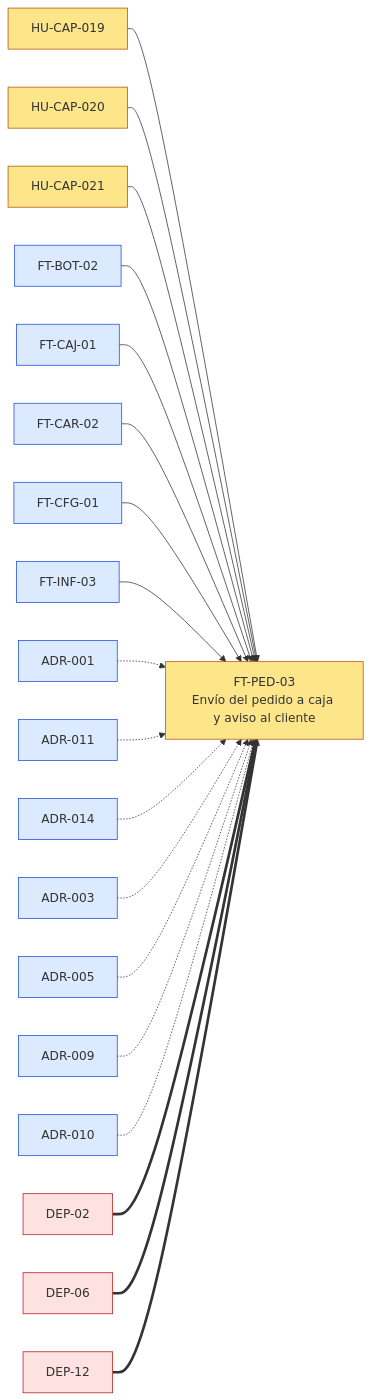
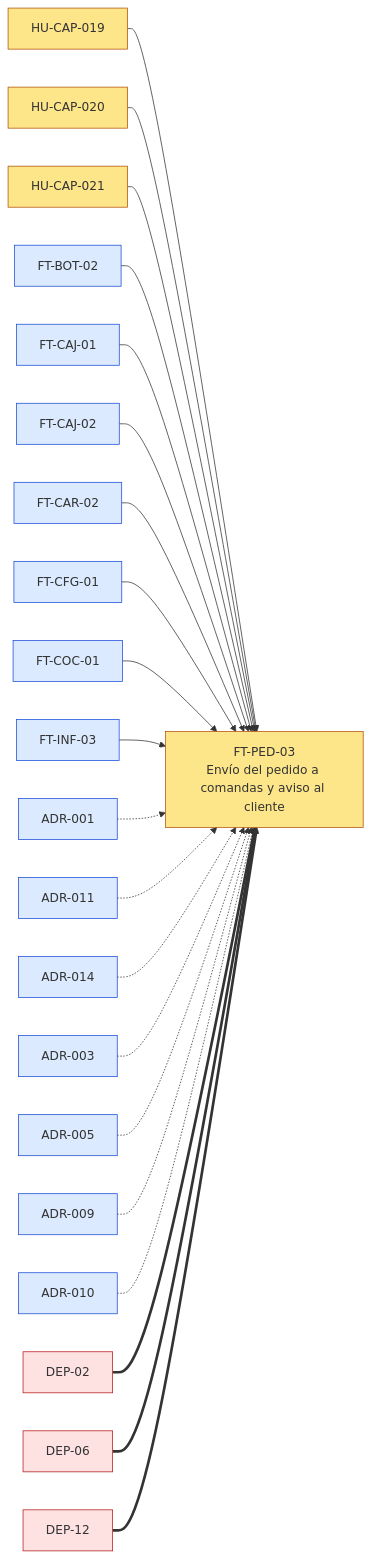
Before and after one commit to JoseEM26/caprichos: the first of 5 diagrams in docs/dor/DOR-FT-PED-03-envio-del-pedido-a-caja-y-aviso-al-cliente.md, drawn with Mermaid. The commit also changed other lines of this file and 208 other files, not shown here.

````diff
--- a/docs/dor/DOR-FT-PED-03-envio-del-pedido-a-caja-y-aviso-al-cliente.md
+++ b/docs/dor/DOR-FT-PED-03-envio-del-pedido-a-caja-y-aviso-al-cliente.md
@@ -51,25 +51,27 @@
 ```mermaid
 flowchart LR
   classDef evaluado fill:#fde68a,stroke:#b45309
   classDef interna fill:#dbeafe,stroke:#1d4ed8
   classDef externa fill:#fee2e2,stroke:#b91c1c
-  FT_PED_03["FT-PED-03<br>Envío del pedido a caja y aviso al cliente"]:::evaluado
+  FT_PED_03["FT-PED-03<br>Envío del pedido a comandas y aviso al cliente"]:::evaluado
   HU_CAP_019["HU-CAP-019"]:::evaluado --> FT_PED_03
   HU_CAP_020["HU-CAP-020"]:::evaluado --> FT_PED_03
   HU_CAP_021["HU-CAP-021"]:::evaluado --> FT_PED_03
   FT_BOT_02["FT-BOT-02"]:::interna --> FT_PED_03
   FT_CAJ_01["FT-CAJ-01"]:::interna --> FT_PED_03
+  FT_CAJ_02["FT-CAJ-02"]:::interna --> FT_PED_03
   FT_CAR_02["FT-CAR-02"]:::interna --> FT_PED_03
   FT_CFG_01["FT-CFG-01"]:::interna --> FT_PED_03
+  FT_COC_01["FT-COC-01"]:::interna --> FT_PED_03
   FT_INF_03["FT-INF-03"]:::interna --> FT_PED_03
   ADR_001["ADR-001"]:::interna -.-> FT_PED_03
   ADR_011["ADR-011"]:::interna -.-> FT_PED_03
   ADR_014["ADR-014"]:::interna -.-> FT_PED_03
   ADR_003["ADR-003"]:::interna -.-> FT_PED_03
   ADR_005["ADR-005"]:::interna -.-> FT_PED_03
   ADR_009["ADR-009"]:::interna -.-> FT_PED_03
   ADR_010["ADR-010"]:::interna -.-> FT_PED_03
   DEP_02["DEP-02"]:::externa ==> FT_PED_03
   DEP_06["DEP-06"]:::externa ==> FT_PED_03
   DEP_12["DEP-12"]:::externa ==> FT_PED_03
 ```
````
